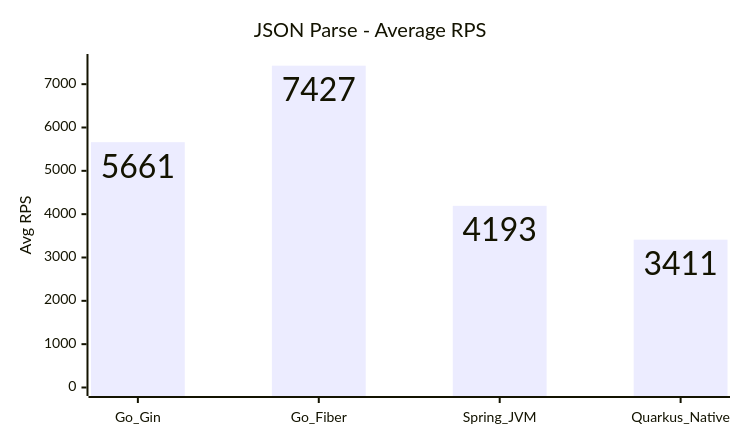
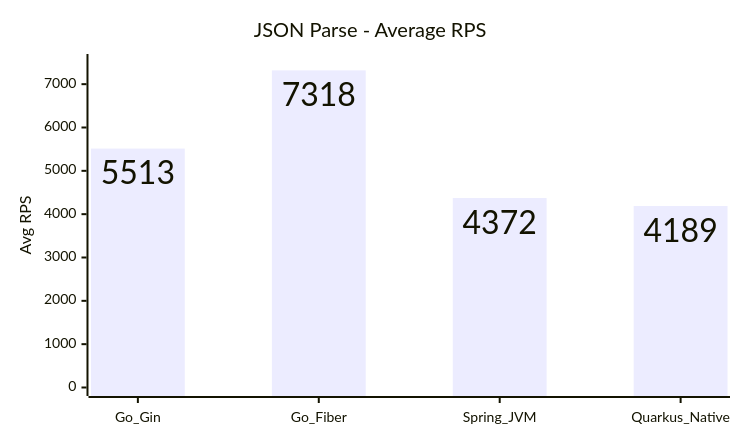
The seventh of 15 diagrams in COMPARISON_REPORT.md (hiiamtin/go-vs-java), drawn with Mermaid before and after one commit. The commit also changed other lines of this file and 93 other files, not shown here.

````diff
--- a/COMPARISON_REPORT.md
+++ b/COMPARISON_REPORT.md
@@ -144,14 +144,14 @@
 ```mermaid
 ---
 config:
   xyChart:
     width: 720
     height: 420
     showDataLabel: true
 ---
 xychart
     title "JSON Parse - Average RPS"
     x-axis [Go_Gin, Go_Fiber, Spring_JVM, Quarkus_Native]
     y-axis "Avg RPS" 0 --> 7500
-    bar [5661, 7427, 4193, 3411]
+    bar [5513, 7318, 4372, 4189]
 ```
````
